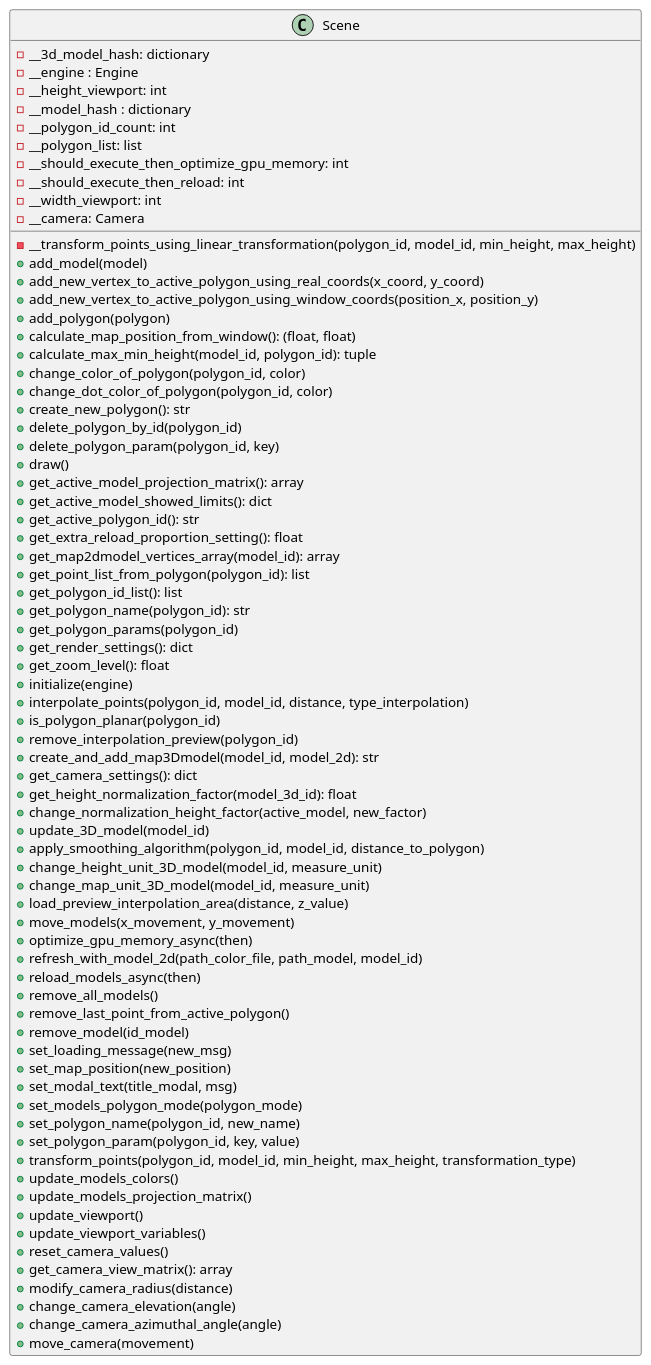
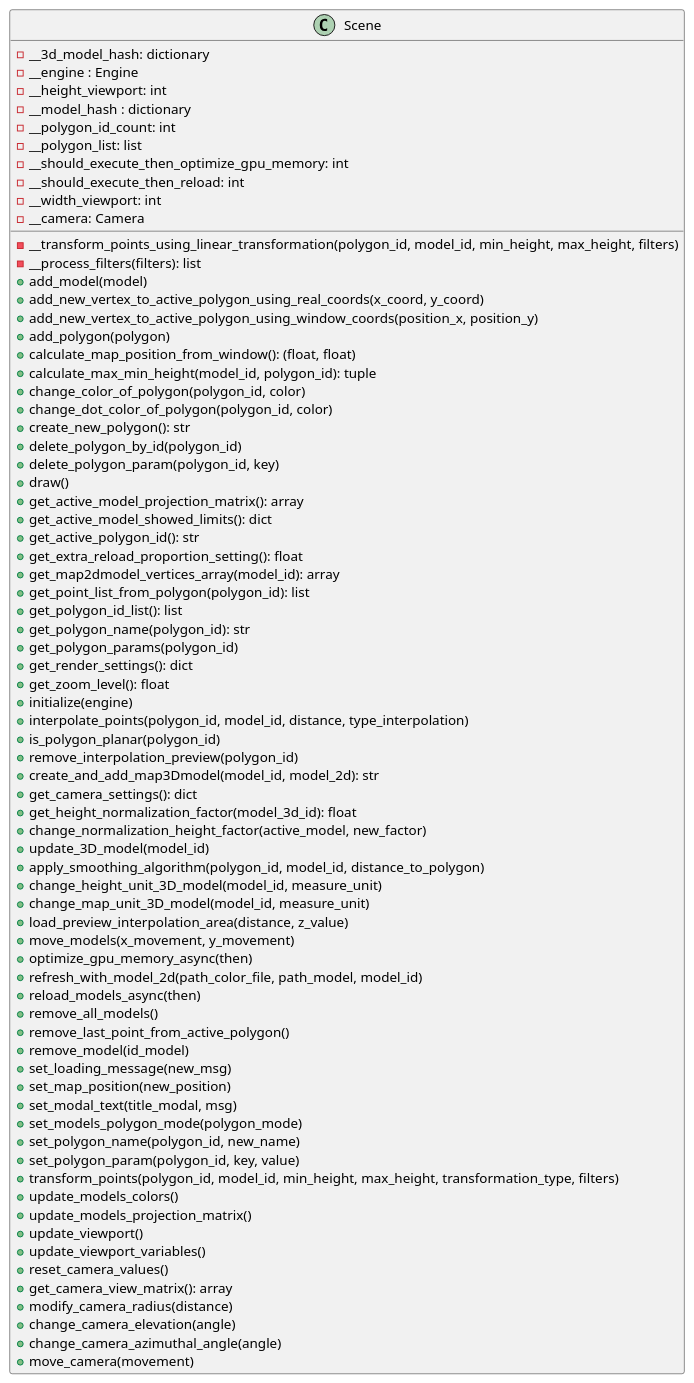
Before and after one commit to ferpoble2/Relief_Creator: the diagram in docs/classes/Scene.puml, drawn with PlantUML. The commit also changed 1 other file, not shown here.

Commit message:
Added filter parameter to transform_points method in Scene`.
Added method __process_filters to the Scene.

Added filters parameter to the method __transform_points_using_linear_transformation of the Scene.

Added exception to the method get_polygon_points of the Scene class.

```diff
--- a/docs/classes/Scene.puml
+++ b/docs/classes/Scene.puml
@@ -1,76 +1,77 @@
 @startuml
             class Scene{
-                - __transform_points_using_linear_transformation(polygon_id, model_id, min_height, max_height)
+                - __transform_points_using_linear_transformation(polygon_id, model_id, min_height, max_height, filters)
+                - __process_filters(filters): list
                 + add_model(model)
                 + add_new_vertex_to_active_polygon_using_real_coords(x_coord, y_coord)
                 + add_new_vertex_to_active_polygon_using_window_coords(position_x, position_y)
                 + add_polygon(polygon)
                 + calculate_map_position_from_window(): (float, float)
                 + calculate_max_min_height(model_id, polygon_id): tuple
                 + change_color_of_polygon(polygon_id, color)
                 + change_dot_color_of_polygon(polygon_id, color)
                 + create_new_polygon(): str
                 + delete_polygon_by_id(polygon_id)
                 + delete_polygon_param(polygon_id, key)
                 + draw()
                 + get_active_model_projection_matrix(): array
                 + get_active_model_showed_limits(): dict
                 + get_active_polygon_id(): str
                 + get_extra_reload_proportion_setting(): float
                 + get_map2dmodel_vertices_array(model_id): array
                 + get_point_list_from_polygon(polygon_id): list
                 + get_polygon_id_list(): list
                 + get_polygon_name(polygon_id): str
                 + get_polygon_params(polygon_id)
                 + get_render_settings(): dict
                 + get_zoom_level(): float
                 + initialize(engine)
                 + interpolate_points(polygon_id, model_id, distance, type_interpolation)
                 + is_polygon_planar(polygon_id)
                 + remove_interpolation_preview(polygon_id)
                 + create_and_add_map3Dmodel(model_id, model_2d): str
                 + get_camera_settings(): dict
                 + get_height_normalization_factor(model_3d_id): float
                 + change_normalization_height_factor(active_model, new_factor)
                 + update_3D_model(model_id)
                 + apply_smoothing_algorithm(polygon_id, model_id, distance_to_polygon)
                 + change_height_unit_3D_model(model_id, measure_unit)
                 + change_map_unit_3D_model(model_id, measure_unit)
                 + load_preview_interpolation_area(distance, z_value)
                 + move_models(x_movement, y_movement)
                 + optimize_gpu_memory_async(then)
                 + refresh_with_model_2d(path_color_file, path_model, model_id)
                 + reload_models_async(then)
                 + remove_all_models()
                 + remove_last_point_from_active_polygon()
                 + remove_model(id_model)
                 + set_loading_message(new_msg)
                 + set_map_position(new_position)
                 + set_modal_text(title_modal, msg)
                 + set_models_polygon_mode(polygon_mode)
                 + set_polygon_name(polygon_id, new_name)
                 + set_polygon_param(polygon_id, key, value)
-                + transform_points(polygon_id, model_id, min_height, max_height, transformation_type)
+                + transform_points(polygon_id, model_id, min_height, max_height, transformation_type, filters)
                 + update_models_colors()
                 + update_models_projection_matrix()
                 + update_viewport()
                 + update_viewport_variables()
                 + reset_camera_values()
                 + get_camera_view_matrix(): array
                 + modify_camera_radius(distance)
                 + change_camera_elevation(angle)
                 + change_camera_azimuthal_angle(angle)
                 + move_camera(movement)
 
                 - __3d_model_hash: dictionary
                 - __engine : Engine
                 - __height_viewport: int
                 - __model_hash : dictionary
                 - __polygon_id_count: int
                 - __polygon_list: list
                 - __should_execute_then_optimize_gpu_memory: int
                 - __should_execute_then_reload: int
                 - __width_viewport: int
                 - __camera: Camera
             }
 @enduml
```
